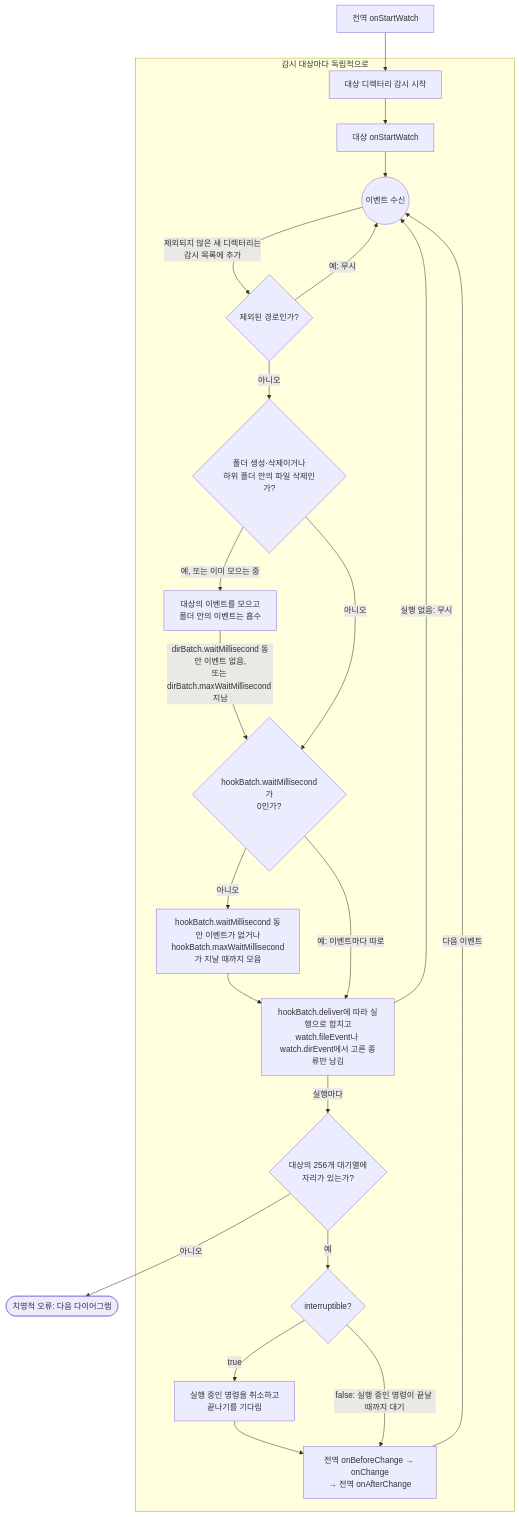
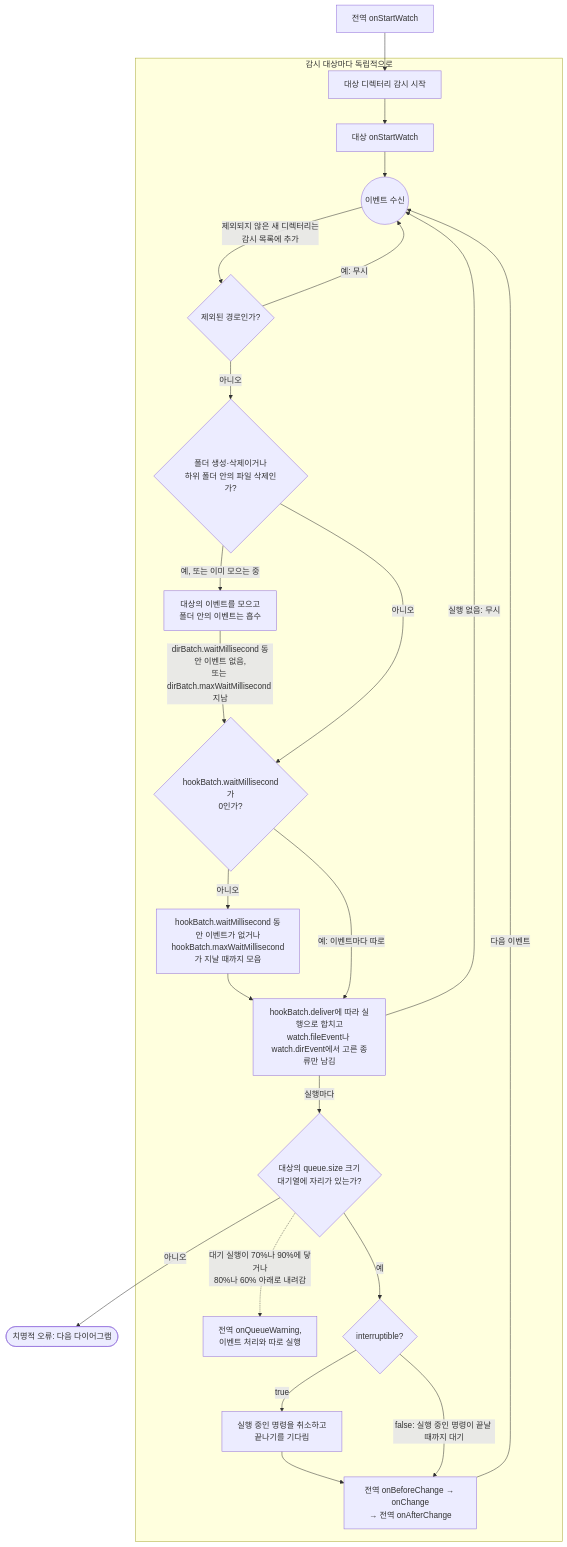
Before and after one commit to seungyeop-lee/directory-watcher: the first of 2 diagrams in README.ko.md, drawn with Mermaid. The commit also changed other lines of this file and 41 other files, not shown here.

````diff
--- a/README.ko.md
+++ b/README.ko.md
@@ -150,41 +151,43 @@
 ```mermaid
 flowchart TD
     globalStart["전역 onStartWatch"]
     subgraph eachTarget["감시 대상마다 독립적으로"]
         watchDirs["대상 디렉터리 감시 시작"]
         targetStart["대상 onStartWatch"]
         receiveEvent(("이벤트 수신"))
         excludeCheck{"제외된 경로인가?"}
         collectChoice{"폴더 생성·삭제이거나<br>하위 폴더 안의 파일 삭제인가?"}
         collectFolder["대상의 이벤트를 모으고<br>폴더 안의 이벤트는 흡수"]
         waitChoice{"hookBatch.waitMillisecond가<br>0인가?"}
         collectHook["hookBatch.waitMillisecond 동안 이벤트가 없거나<br>hookBatch.maxWaitMillisecond가 지날 때까지 모음"]
         mergeRuns["hookBatch.deliver에 따라 실행으로 합치고<br>watch.fileEvent나 watch.dirEvent에서 고른 종류만 남김"]
-        queueEvent{"대상의 256개 대기열에<br>자리가 있는가?"}
+        queueEvent{"대상의 queue.size 크기<br>대기열에 자리가 있는가?"}
+        queueWarning["전역 onQueueWarning,<br>이벤트 처리와 따로 실행"]
         interruptChoice{"interruptible?"}
         cancelPrevious["실행 중인 명령을 취소하고<br>끝나기를 기다림"]
         runChange["전역 onBeforeChange → onChange<br>→ 전역 onAfterChange"]
     end
     fatalStop(["치명적 오류: 다음 다이어그램"])
 
     globalStart --> watchDirs
     watchDirs --> targetStart
     targetStart --> receiveEvent
     receiveEvent -->|"제외되지 않은 새 디렉터리는<br>감시 목록에 추가"| excludeCheck
     excludeCheck -->|"예: 무시"| receiveEvent
     excludeCheck -->|"아니오"| collectChoice
     collectChoice -->|"예, 또는 이미 모으는 중"| collectFolder
     collectChoice -->|"아니오"| waitChoice
     collectFolder -->|"dirBatch.waitMillisecond 동안 이벤트 없음,<br>또는 dirBatch.maxWaitMillisecond 지남"| waitChoice
     waitChoice -->|"아니오"| collectHook
     waitChoice -->|"예: 이벤트마다 따로"| mergeRuns
     collectHook --> mergeRuns
     mergeRuns -->|"실행 없음: 무시"| receiveEvent
     mergeRuns -->|"실행마다"| queueEvent
     queueEvent -->|"아니오"| fatalStop
+    queueEvent -.->|"대기 실행이 70%나 90%에 닿거나<br>80%나 60% 아래로 내려감"| queueWarning
     queueEvent -->|"예"| interruptChoice
     interruptChoice -->|"true"| cancelPrevious
     interruptChoice -->|"false: 실행 중인 명령이 끝날 때까지 대기"| runChange
     cancelPrevious --> runChange
     runChange -->|"다음 이벤트"| receiveEvent
 ```
````
